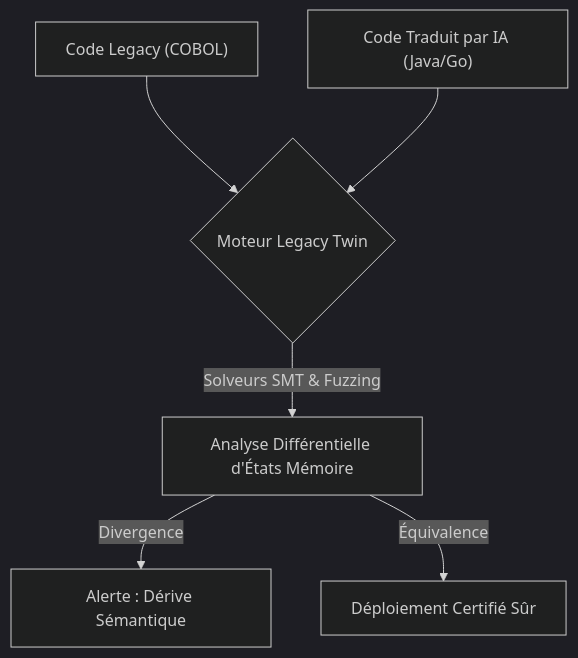
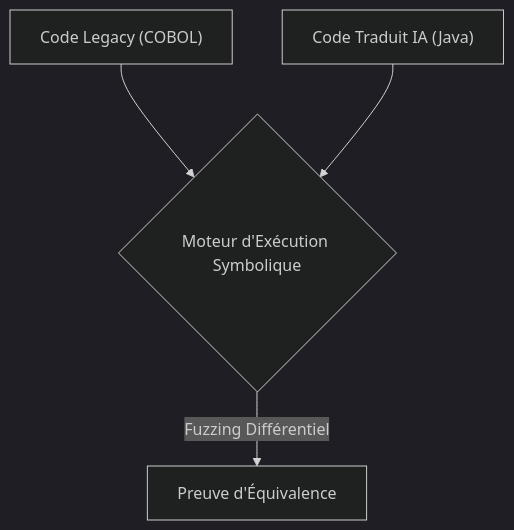
One commit to flouzzy/top-100-ai-startup-ideas changed the first of 2 diagrams in ideas/legacy-twin/README.fr.md. Above: the diagram before and after it, drawn with Mermaid (dark theme). The commit also changed other lines of this file and 41 other files, not shown here.

````diff
--- a/ideas/legacy-twin/README.fr.md
+++ b/ideas/legacy-twin/README.fr.md
@@ -17,8 +17,7 @@
 ```mermaid
 graph TD
-    A["Code Legacy (COBOL)"] --> B{"Moteur Legacy Twin"}
-    C["Code Traduit par IA (Java/Go)"] --> B
-    B -->|Solveurs SMT & Fuzzing| D["Analyse Différentielle d'États Mémoire"]
-    D -->|Divergence| E["Alerte : Dérive Sémantique"]
-    D -->|Équivalence| F["Déploiement Certifié Sûr"]
+    %% Architecture
+    A["Code Legacy (COBOL)"] --> C{"Moteur d'Exécution Symbolique"}
+    B["Code Traduit IA (Java)"] --> C
+    C -->|Fuzzing Différentiel| D["Preuve d'Équivalence"]
 ```
````
